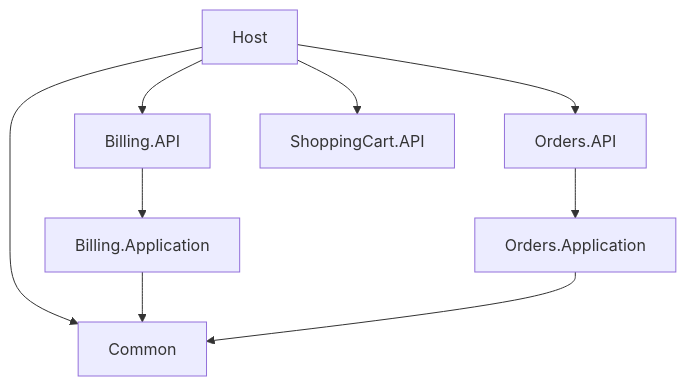
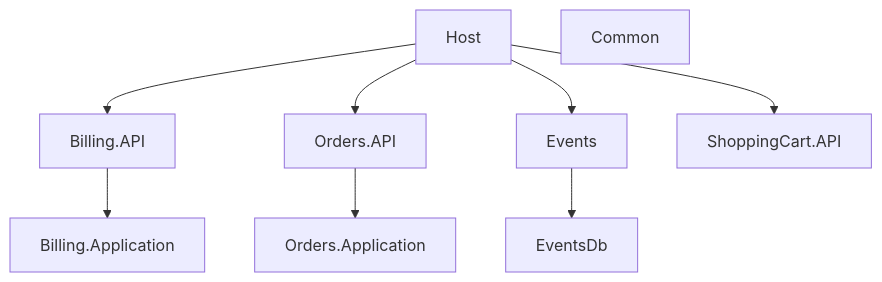
The diagram in README.md (RobertoFreireDev/ECOMMERCE), drawn with Mermaid before and after one commit.

````diff
--- a/README.md
+++ b/README.md
@@ -1,26 +1,22 @@
 ```mermaid
 flowchart TD
     Host["Host"]
-
     Common["Common"]
-
+    Events["Events"]
+    EventsDb["EventsDb"]
     BillingAPI["Billing.API"]
     BillingApp["Billing.Application"]
-
     OrdersAPI["Orders.API"]
     OrdersApp["Orders.Application"]
-
     CartAPI["ShoppingCart.API"]
 
     Host --> BillingAPI
     Host --> OrdersAPI
     Host --> CartAPI
-    Host --> Common
+    Host --> Events
 
     BillingAPI --> BillingApp
     OrdersAPI --> OrdersApp
 
-    BillingApp --> Common
-    OrdersApp --> Common
-
+    Events --> EventsDb
 ```
````
